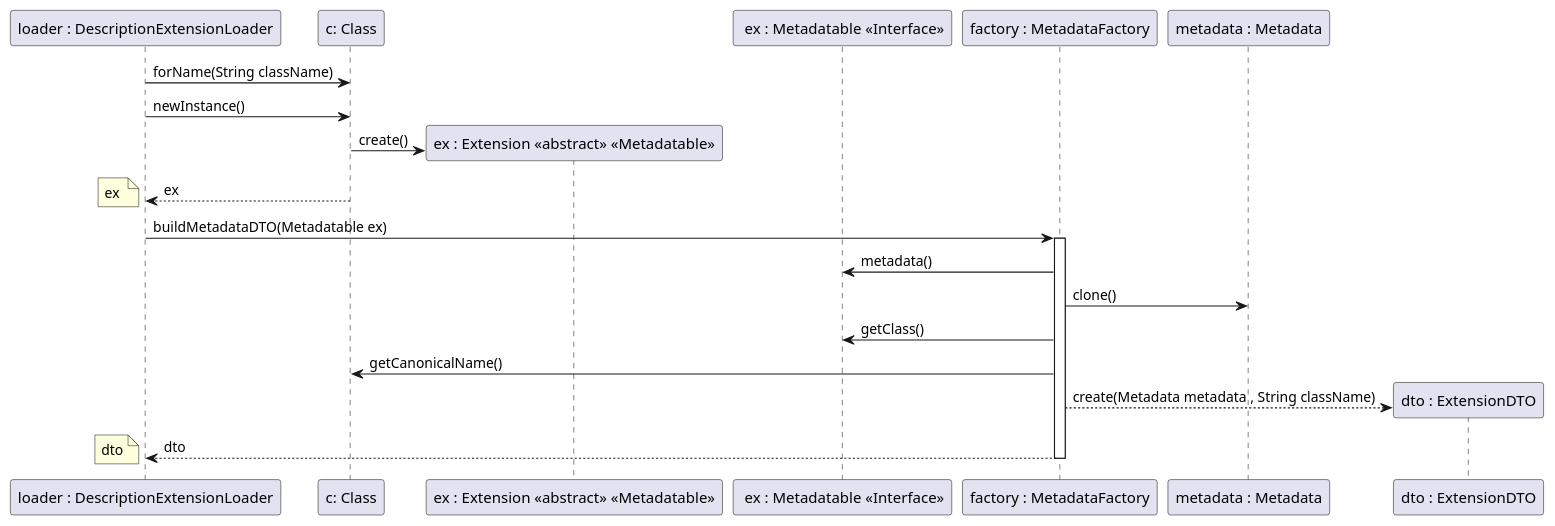
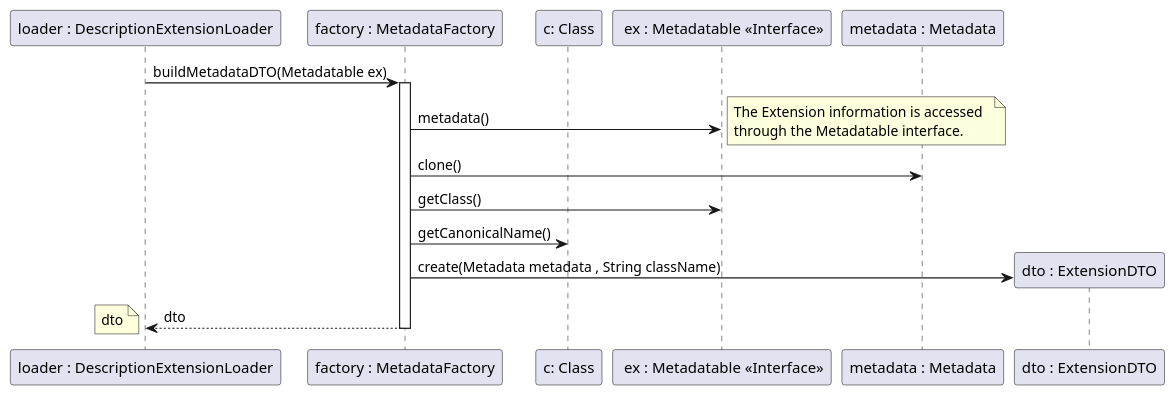
The diagram in src/main/java/lapr4/green/s2/core/n1970581/autodescriptionextensions/core01_2_06_design.puml (PeFerreira98/ISEP.Lic.LAPR4_2017), drawn with PlantUML before and after one commit. The commit also changed 4 other files, not shown here.

Commit message:
#LAPR4E17DL-160 #time 2h 30m Design documenting + cleanup #comment Core01.2 Design: finish documentation and polish diagrams.

```diff
--- a/src/main/java/lapr4/green/s2/core/n1970581/autodescriptionextensions/core01_2_06_design.puml
+++ b/src/main/java/lapr4/green/s2/core/n1970581/autodescriptionextensions/core01_2_06_design.puml
@@ -1,59 +1,67 @@
 @startuml core01_2_06_design.png
 
 'participant "app : CleanSheets" as app
 'participant "manager : ExtensionManager" as manager
 'participant "loader : DescriptionExtensionLoader" as loader
 'participant "ctrl : DescriptionExtensionLoaderController" as ctrl
 'participant "thread : Thread" as thread
 'participant "ui : DescriptionExtensionLoaderUI" as ui
 
 
 
 
 
 
 'participant "dto : ExtensionDTO" as dto
 'participant "name : Name" as name
 'participant "version : Version" as version
 'participant "desc : Description" as desc
 'participant "factory : MetadataFactory" as factory
 'participant " ex : Metadatable <<Interface>>" as interface
 
 participant "loader : DescriptionExtensionLoader" as loader
+participant "factory : MetadataFactory" as factory
 participant "c: Class" as c
-participant "ex : Extension << abstract >> << Metadatable >>" as ex
+
 participant " ex : Metadatable <<Interface>>" as interface
-participant "factory : MetadataFactory" as factory
+ 
+
 participant "metadata : Metadata" as metadata
 participant "dto : ExtensionDTO" as dto
 
-loader -> c : forName(String className)
-loader -> c : newInstance()
-create ex
-c -> ex : create()
-c --> loader : ex
-note left 
-ex 
-end note
+'participant "ex : Extension << abstract >> << Metadatable >>" as ex
+
+'loader -> c : forName(String className)
+'loader -> c : newInstance()
+'create ex
+'c -> ex : create()
+'c --> loader : ex
+'note left 
+'ex 
+'end note
 
 loader -> factory : buildMetadataDTO(Metadatable ex)
 activate factory
 
 factory -> interface : metadata()
+note right 
+The Extension information is accessed  
+through the Metadatable interface.
+end note
 factory -> metadata : clone()
 factory -> interface : getClass()
 factory -> c : getCanonicalName()
 create dto
-factory --> dto : create(Metadata metadata , String className)
+factory -> dto : create(Metadata metadata , String className)
 factory --> loader : dto
 note left
 dto
 end note
 
 deactivate factory
 
 
 
 
 
 @enduml
```
